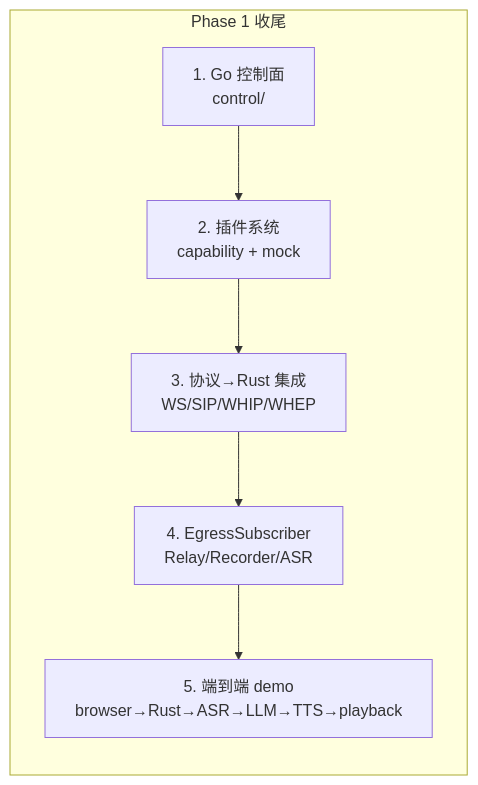
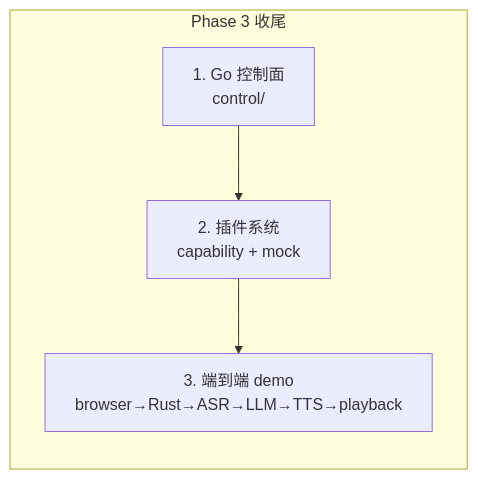
The sixth of 6 diagrams in docs/11-current-flow-and-status.md (LingByte/LingVoice), drawn with Mermaid before and after one commit. The commit also changed other lines of this file and 9 other files, not shown here.

````diff
--- a/docs/11-current-flow-and-status.md
+++ b/docs/11-current-flow-and-status.md
@@ -233,10 +250,8 @@
 ```mermaid
 graph LR
-    subgraph P1["Phase 1 收尾"]
+    subgraph P3["Phase 3 收尾"]
         direction TB
         A1["1. Go 控制面<br/>control/"] --> A2["2. 插件系统<br/>capability + mock"]
-        A2 --> A3["3. 协议→Rust 集成<br/>WS/SIP/WHIP/WHEP"]
-        A3 --> A4["4. EgressSubscriber<br/>Relay/Recorder/ASR"]
-        A4 --> A5["5. 端到端 demo<br/>browser→Rust→ASR→LLM→TTS→playback"]
+        A2 --> A3["3. 端到端 demo<br/>browser→Rust→ASR→LLM→TTS→playback"]
     end
 ```
````
